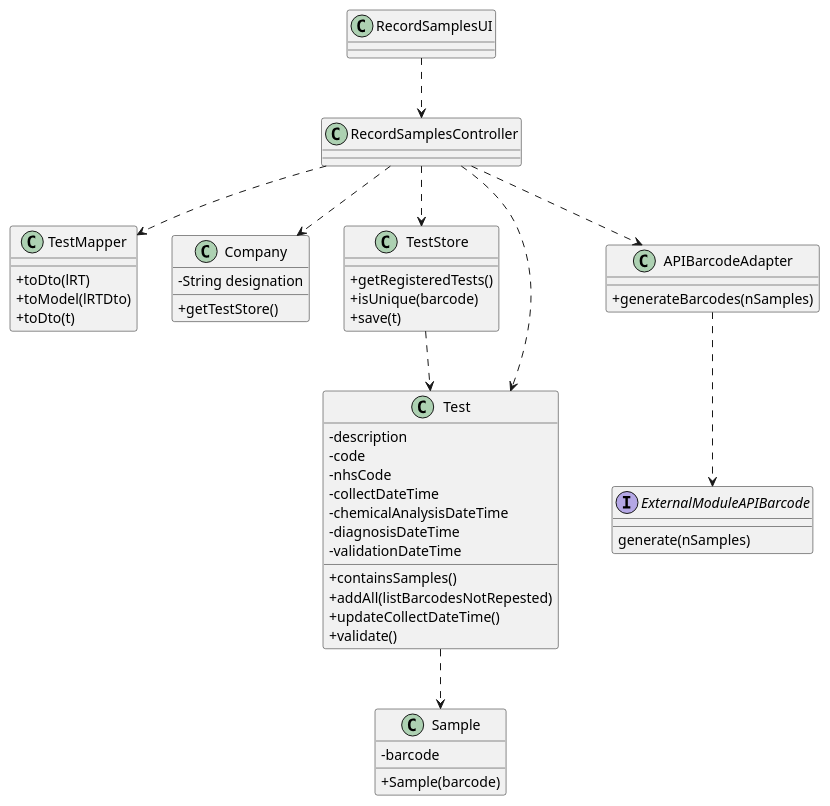
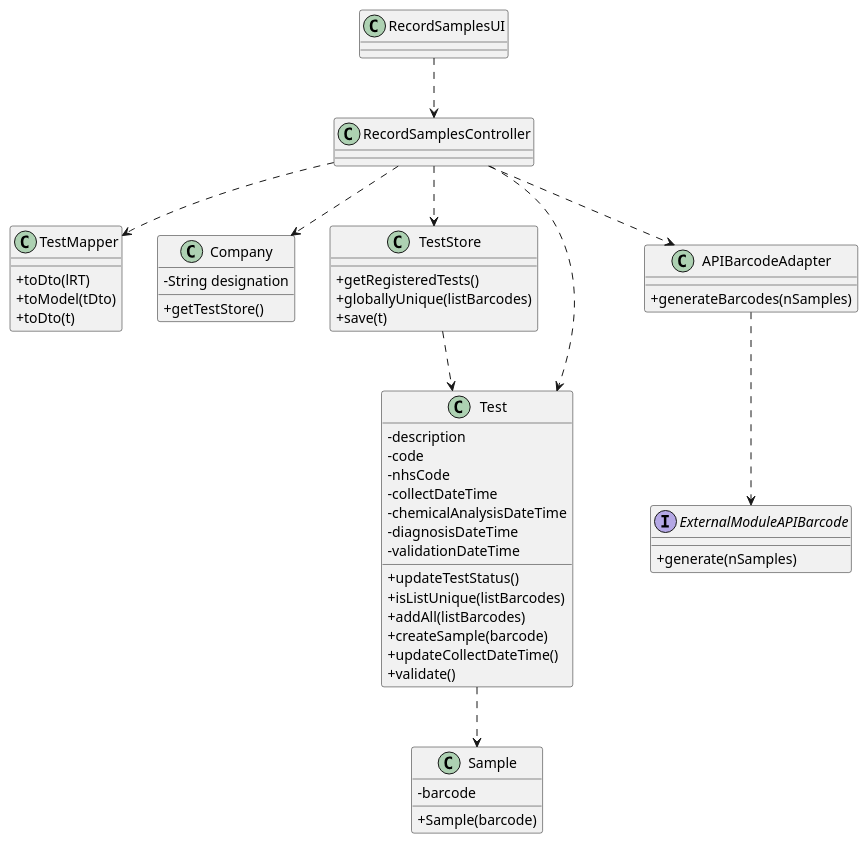
One commit to 0franciscor/lei-21-s2-1de-g19 changed the diagram in docs/SprintC/US05/US05-CD.puml. Above: the diagram before and after it, drawn with PlantUML. The commit also changed 1 other file, not shown here.

```diff
--- a/docs/SprintC/US05/US05-CD.puml
+++ b/docs/SprintC/US05/US05-CD.puml
@@ -1,68 +1,70 @@
 @startuml
 'https://plantuml.com/class-diagram
 skinparam classAttributeIconSize 0
 
 class RecordSamplesUI{
 }
 
 class RecordSamplesController{
 }
 
 class TestMapper{
   +toDto(lRT)
-  +toModel(lRTDto)
+  +toModel(tDto)
   +toDto(t)
 }
 
 class Company{
   -String designation
   +getTestStore()
 }
 
 class TestStore{
   +getRegisteredTests()
-  +isUnique(barcode)
+  +globallyUnique(listBarcodes)
   +save(t)
 }
 
 class Test{
   -description
   -code
   -nhsCode
   -collectDateTime
   -chemicalAnalysisDateTime
   -diagnosisDateTime
   -validationDateTime
-  +containsSamples()
-  +addAll(listBarcodesNotRepested)
+  +updateTestStatus()
+  +isListUnique(listBarcodes)
+  +addAll(listBarcodes)
+  +createSample(barcode)
   +updateCollectDateTime()
   +validate()
 }
 
 class APIBarcodeAdapter{
   +generateBarcodes(nSamples)
 }
 
 interface ExternalModuleAPIBarcode{
-  generate(nSamples)
+  +generate(nSamples)
 }
 
 class Sample{
   -barcode
   +Sample(barcode)
 }
 
 RecordSamplesUI ..> RecordSamplesController
 RecordSamplesController ..> TestMapper
 RecordSamplesController ..> Company
 RecordSamplesController ..> TestStore
 RecordSamplesController ..> Test
 RecordSamplesController ..> APIBarcodeAdapter
 APIBarcodeAdapter ..> ExternalModuleAPIBarcode
 TestStore ..> Test
 Test ..> Sample
 
 
 
 
 @enduml
```
